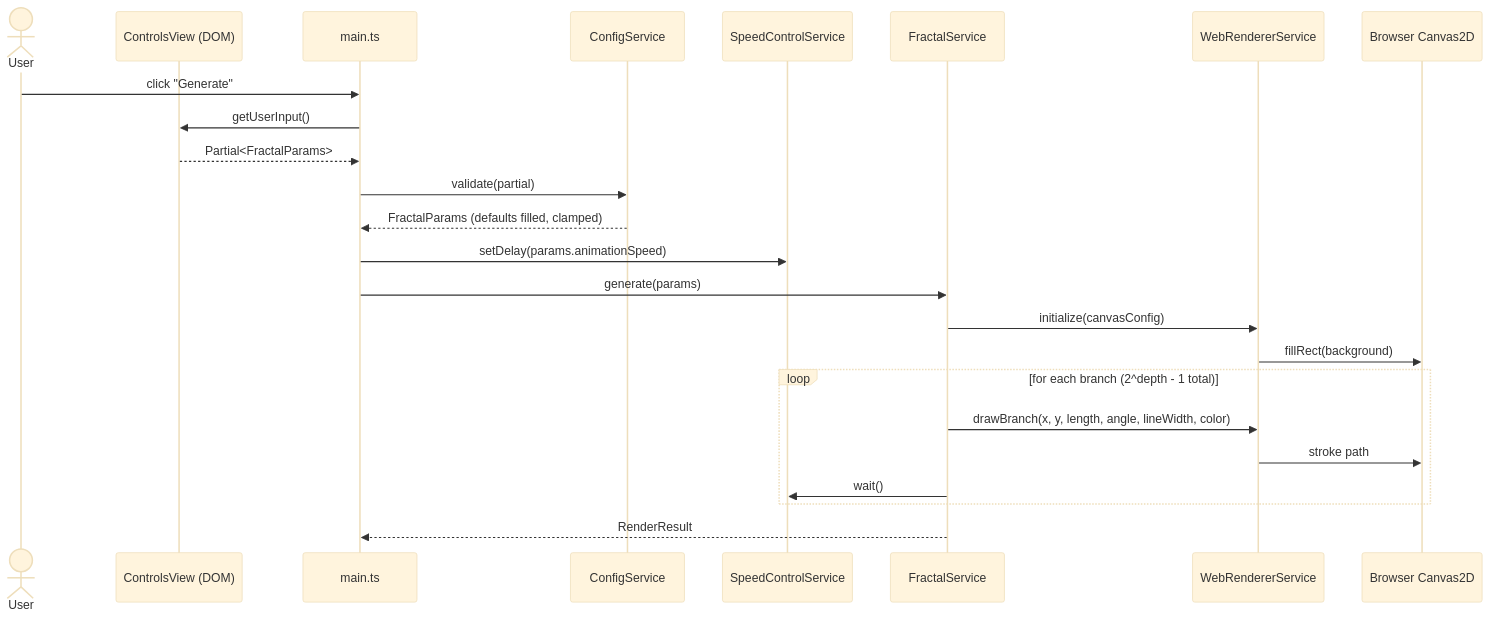
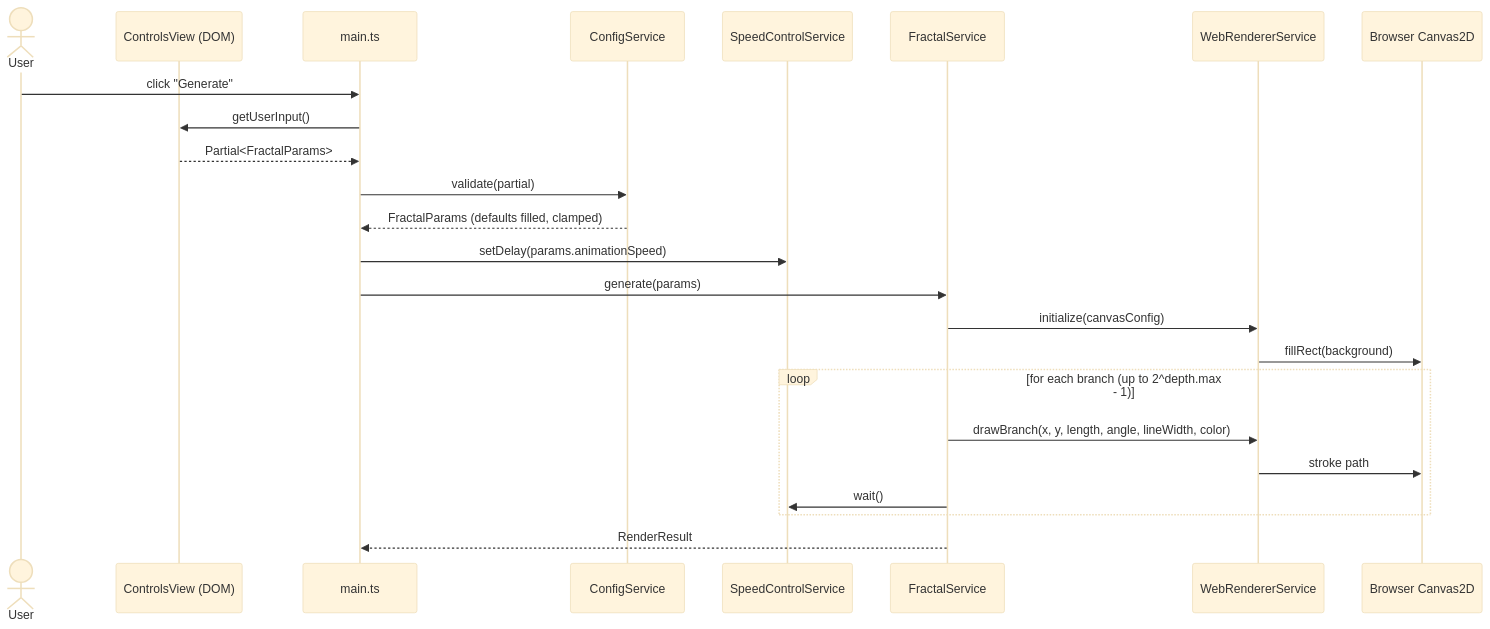
Before and after one commit to roanboc/fractal-tree-generator: the third of 4 diagrams in ARCHITECTURE.md, drawn with Mermaid (base theme). The commit also changed other lines of this file and 21 other files, not shown here.

````diff
--- a/ARCHITECTURE.md
+++ b/ARCHITECTURE.md
@@ -180,27 +180,27 @@
 ```mermaid
 sequenceDiagram
     actor User
     participant UI as ControlsView (DOM)
     participant Main as main.ts
     participant Config as ConfigService
     participant Speed as SpeedControlService
     participant Fractal as FractalService
     participant Renderer as WebRendererService
     participant Canvas as Browser Canvas2D
 
     User->>Main: click "Generate"
     Main->>UI: getUserInput()
     UI-->>Main: Partial<FractalParams>
     Main->>Config: validate(partial)
     Config-->>Main: FractalParams (defaults filled, clamped)
     Main->>Speed: setDelay(params.animationSpeed)
     Main->>Fractal: generate(params)
     Fractal->>Renderer: initialize(canvasConfig)
     Renderer->>Canvas: fillRect(background)
-    loop for each branch (2^depth - 1 total)
+    loop for each branch (up to 2^depth.max - 1)
         Fractal->>Renderer: drawBranch(x, y, length, angle, lineWidth, color)
         Renderer->>Canvas: stroke path
         Fractal->>Speed: wait()
     end
     Fractal-->>Main: RenderResult
 ```
````
